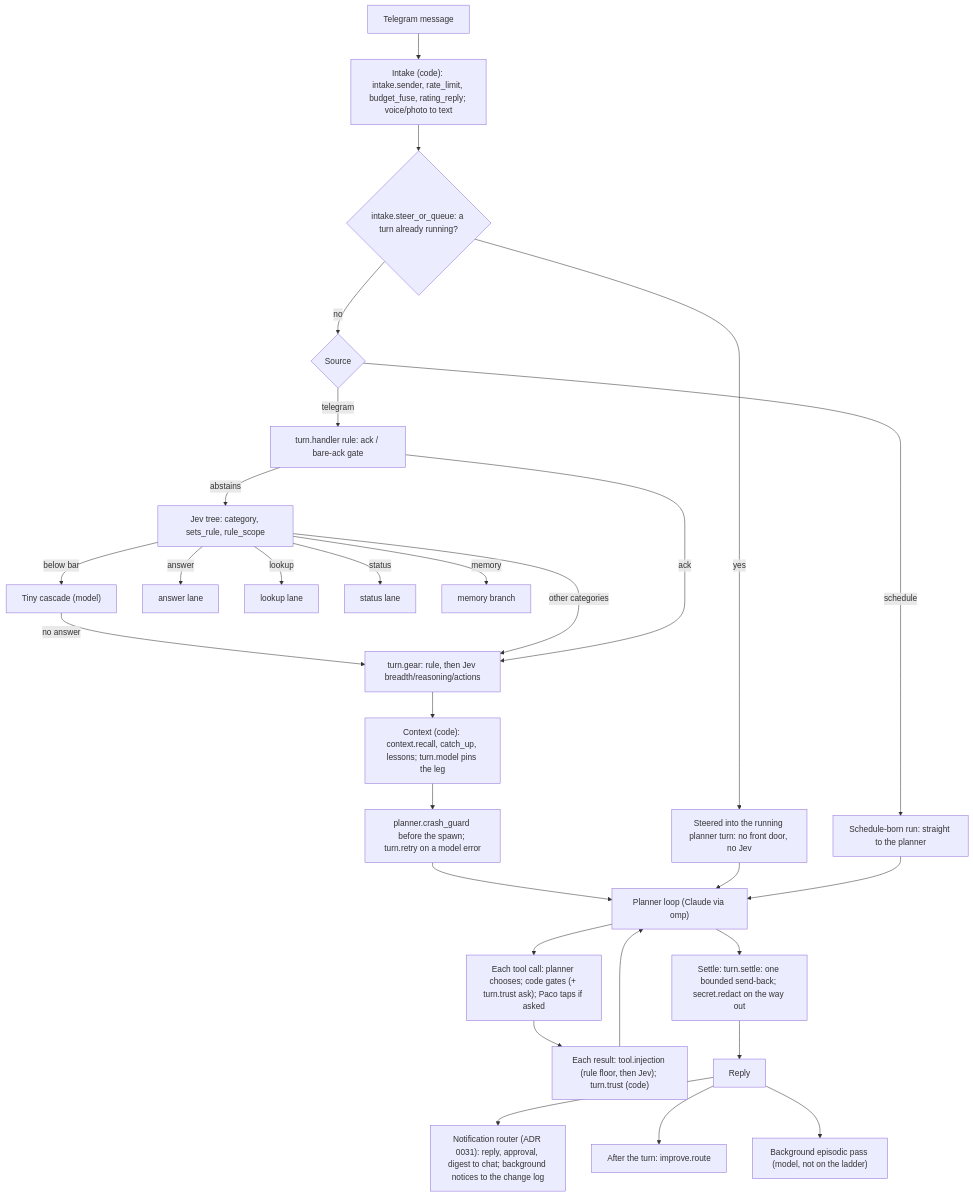
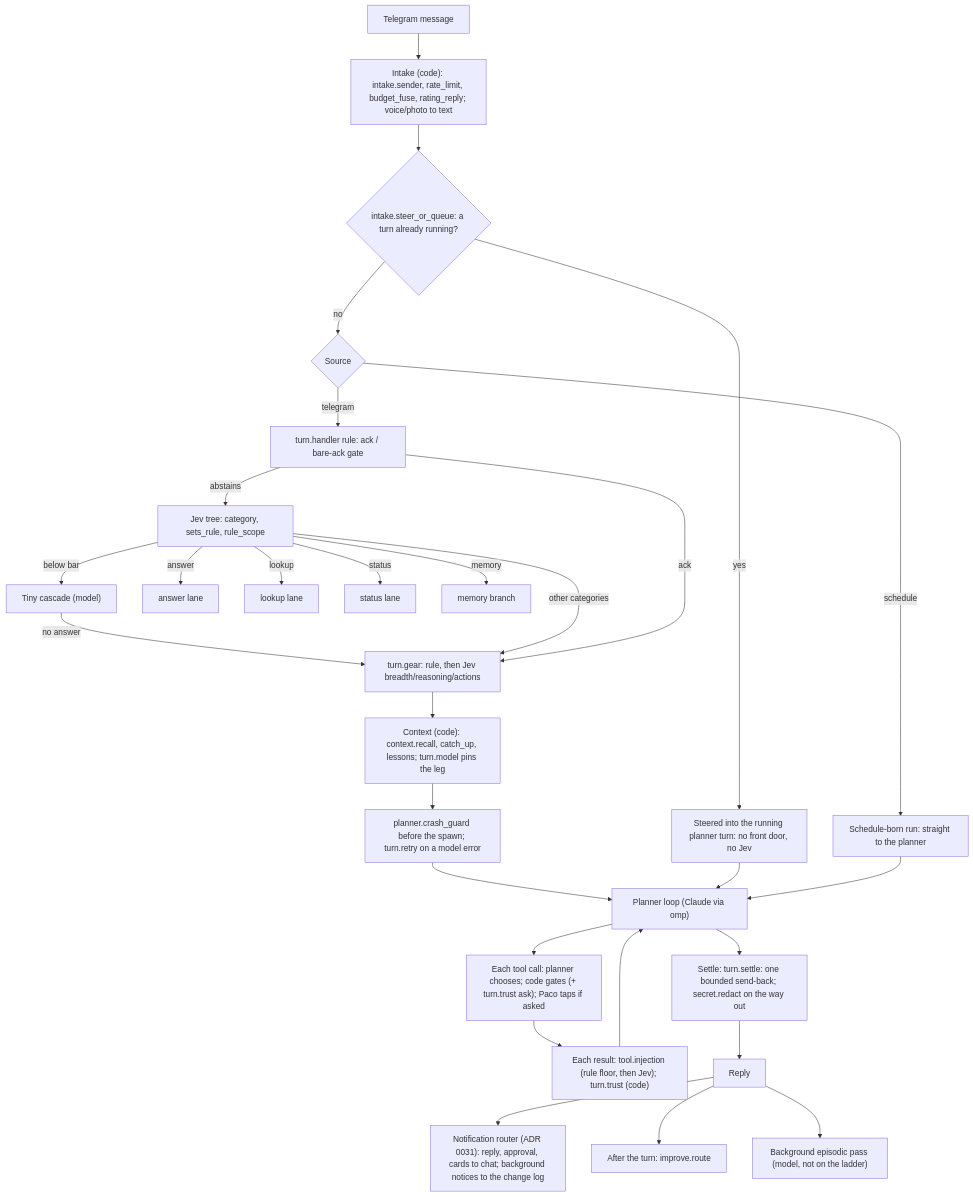
Before and after one commit to brahmasky/adventure: the diagram in docs/reference/decision-map.md, drawn with Mermaid. The commit also changed other lines of this file and 5 other files, not shown here.

Commit message:
docs: no digest; HOUGE_IMPROVE_AT; cards, /changes rows and improve_tick_degraded

````diff
--- a/docs/reference/decision-map.md
+++ b/docs/reference/decision-map.md
@@ -35,31 +35,31 @@
 ```mermaid
 flowchart TD
   M["Telegram message"] --> I["Intake (code): intake.sender, rate_limit, budget_fuse, rating_reply; voice/photo to text"]
   I --> R{"intake.steer_or_queue: a turn already running?"}
   R -- yes --> ST["Steered into the running planner turn: no front door, no Jev"]
   R -- no --> S{"Source"}
   S -- schedule --> SP["Schedule-born run: straight to the planner"]
   S -- telegram --> G["turn.handler rule: ack / bare-ack gate"]
   G -->|abstains| J["Jev tree: category, sets_rule, rule_scope"]
   J -->|below bar| T["Tiny cascade (model)"]
   T -->|no answer| P
   J -->|answer| LA["answer lane"]
   J -->|lookup| LL["lookup lane"]
   J -->|status| LS["status lane"]
   J -->|memory| MK["memory branch"]
   J -->|other categories| P
   G -->|ack| P
   P["turn.gear: rule, then Jev breadth/reasoning/actions"] --> CX["Context (code): context.recall, catch_up, lessons; turn.model pins the leg"]
   CX --> CG["planner.crash_guard before the spawn; turn.retry on a model error"]
   CG --> PL["Planner loop (Claude via omp)"]
   ST --> PL
   SP --> PL
   PL --> TC["Each tool call: planner chooses; code gates (+ turn.trust ask); Paco taps if asked"]
   TC --> TR["Each result: tool.injection (rule floor, then Jev); turn.trust (code)"]
   TR --> PL
   PL --> SE["Settle: turn.settle: one bounded send-back; secret.redact on the way out"]
   SE --> RP["Reply"]
-  RP --> NR["Notification router (ADR 0031): reply, approval, digest to chat; background notices to the change log"]
+  RP --> NR["Notification router (ADR 0031): reply, approval, cards to chat; background notices to the change log"]
   RP --> IR["After the turn: improve.route"]
   RP --> BG["Background episodic pass (model, not on the ladder)"]
 ```
````
